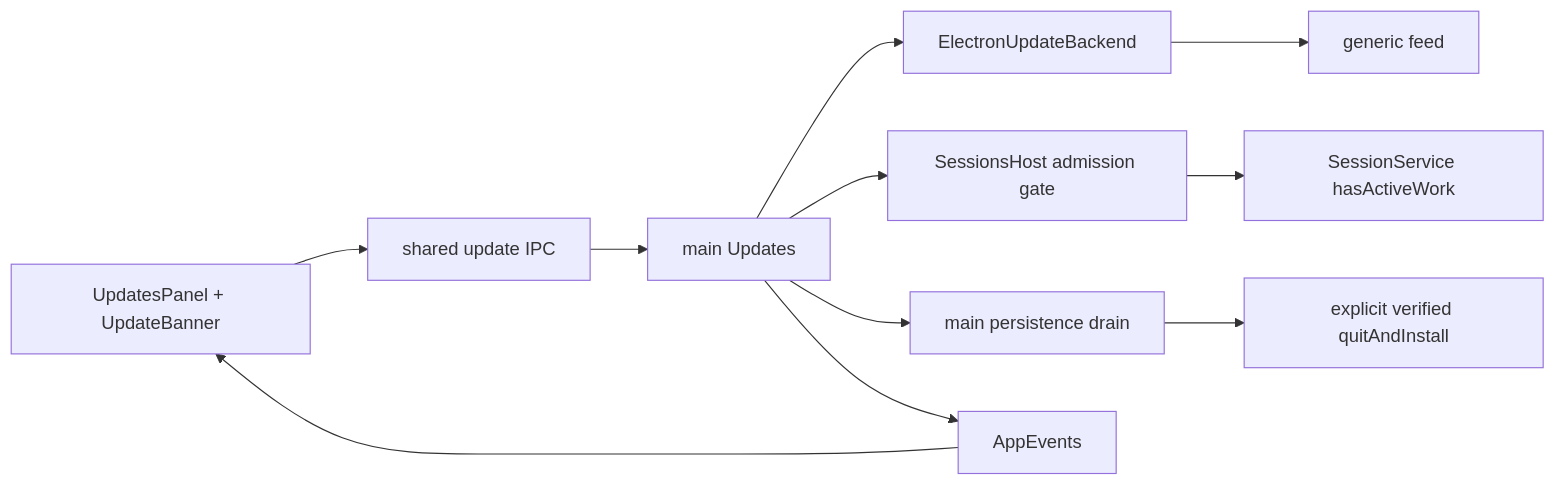
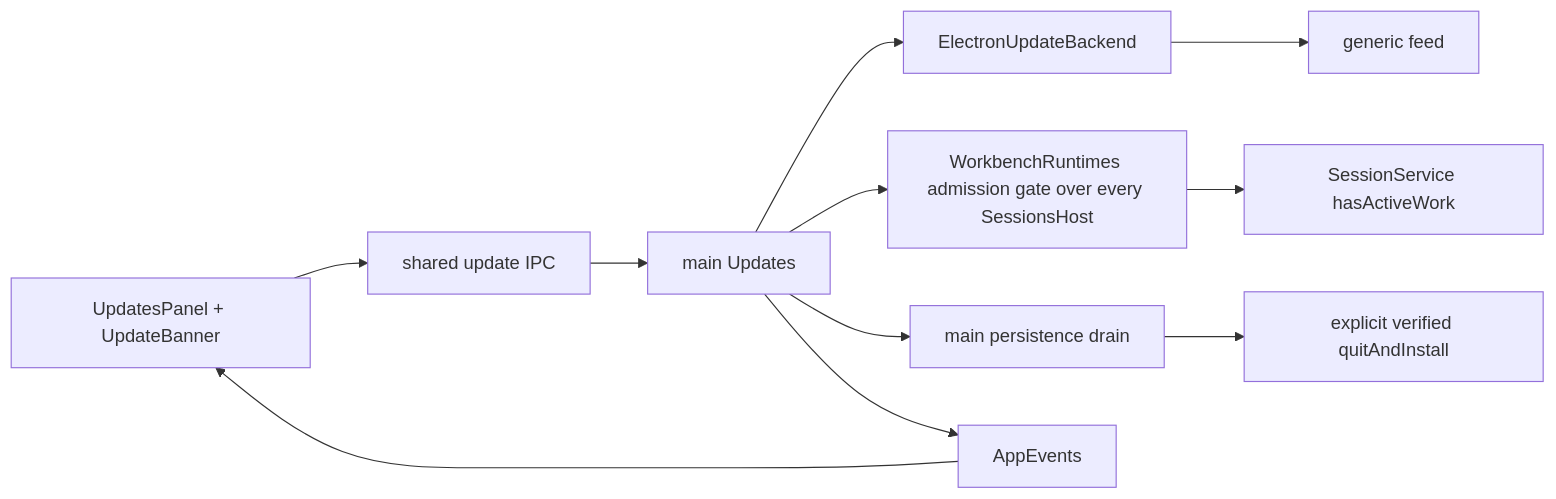
Before and after one commit to DDP-Engineering/2026_Virtual_Embedded_Rig_Assistant: the diagram in .agentic/knowledge/updates.md, drawn with Mermaid. The commit also changed other lines of this file and 32 other files, not shown here.

````diff
--- a/.agentic/knowledge/updates.md
+++ b/.agentic/knowledge/updates.md
@@ -65,9 +66,9 @@
 ```mermaid
 flowchart LR
  UI[UpdatesPanel + UpdateBanner] --> IPC[shared update IPC]
  IPC --> U[main Updates]
  U --> B[ElectronUpdateBackend] --> F[generic feed]
- U --> G[SessionsHost admission gate] --> C[SessionService hasActiveWork]
+ U --> G[WorkbenchRuntimes admission gate over every SessionsHost] --> C[SessionService hasActiveWork]
  U --> Q[main persistence drain] --> I[explicit verified quitAndInstall]
  U --> E[AppEvents] --> UI
 ```
````
